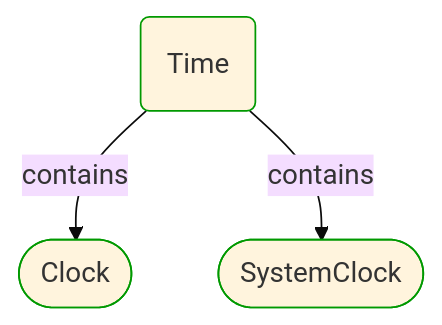
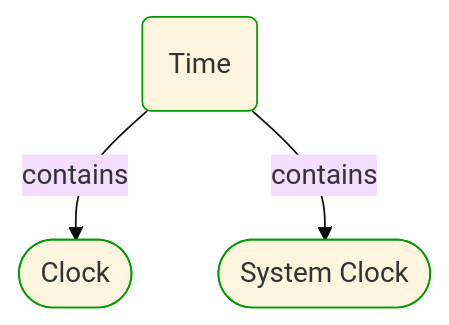
The third of 5 diagrams in Docs/P3/MermaidOutput/Modules/Sales/Time/Time.md (itlibrium/DDD-starter-dotnet), drawn with Mermaid (base theme) before and after one commit. The commit also changed other lines of this file and 174 other files, not shown here.

````diff
--- a/Docs/P3/MermaidOutput/Modules/Sales/Time/Time.md
+++ b/Docs/P3/MermaidOutput/Modules/Sales/Time/Time.md
@@ -51,14 +54,14 @@
 ```mermaid
   flowchart TB
     0(Time)
     class 0 DomainPerspective
     1([Clock])
     class 1 DomainPerspective
     0-->|contains|1
-    2([SystemClock])
+    2([System Clock])
     class 2 DomainPerspective
     0-->|contains|2
     classDef DomainPerspective stroke:#009900
     classDef TechnologyPerspective stroke:#1F41EB
     classDef PeoplePerspective stroke:#FFF014
 ```
````
